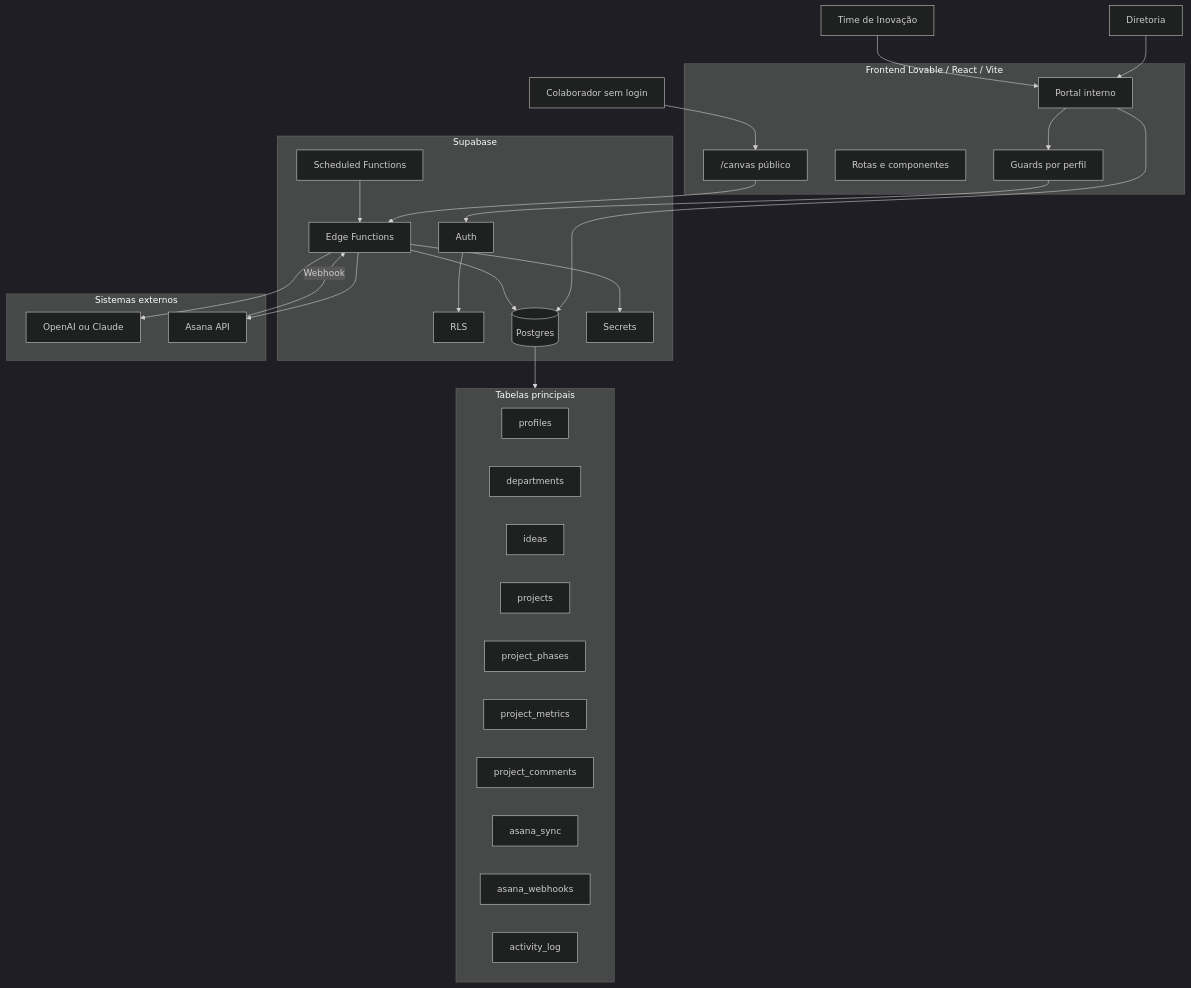
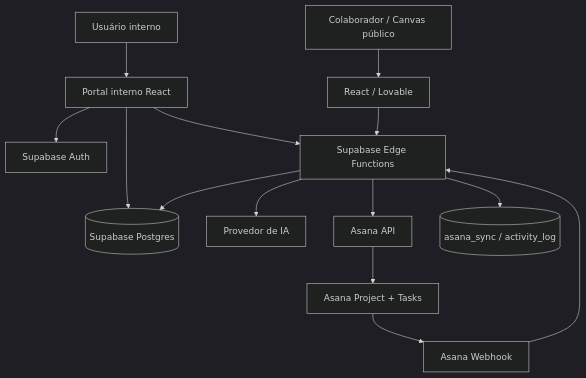
The first of 5 diagrams in design-tecnico-rennova-spark-hub.md (phablo-tavares/documentacao_portal_inovacao), drawn with Mermaid (dark theme) before and after one commit. The commit also changed other lines of this file and 3 other files, not shown here.

````diff
--- a/design-tecnico-rennova-spark-hub.md
+++ b/design-tecnico-rennova-spark-hub.md
@@ -71,53 +69,18 @@
 ```mermaid
 flowchart TD
-    Colaborador[Colaborador sem login] --> Canvas["/canvas público"]
-    Diretoria[Diretoria] --> Portal[Portal interno]
-    Inovacao[Time de Inovação] --> Portal
+  A[Colaborador / Canvas público] --> B[React / Lovable]
+  B --> C[Supabase Edge Functions]
+  C --> D[(Supabase Postgres)]
+  C --> E[Provedor de IA]
 
-    subgraph Frontend[Frontend Lovable / React / Vite]
-        Canvas
-        Portal
-        Rotas[Rotas e componentes]
-        Guards[Guards por perfil]
-    end
+  F[Usuário interno] --> G[Portal interno React]
+  G --> H[Supabase Auth]
+  G --> D
+  G --> C
 
-    subgraph Supabase[Supabase]
-        Auth[Auth]
-        RLS[RLS]
-        DB[(Postgres)]
-        EF[Edge Functions]
-        CRON[Scheduled Functions]
-        Secrets[Secrets]
-    end
-
-    subgraph DBTabelas[Tabelas principais]
-        Profiles[profiles]
-        Depts[departments]
-        Ideas[ideas]
-        Projects[projects]
-        Phases[project_phases]
-        Metrics[project_metrics]
-        Comments[project_comments]
-        Sync[asana_sync]
-        Webhooks[asana_webhooks]
-        Log[activity_log]
-    end
-
-    subgraph Externos[Sistemas externos]
-        AI[OpenAI ou Claude]
-        Asana[Asana API]
-    end
-
-    Canvas --> EF
-    Portal --> Guards
-    Guards --> Auth
-    Auth --> RLS
-    Portal --> DB
-    EF --> DB
-    DB --> DBTabelas
-    EF --> Secrets
-    EF --> AI
-    EF --> Asana
-    Asana -->|Webhook| EF
-    CRON --> EF
+  C --> I[Asana API]
+  I --> J[Asana Project + Tasks]
+  J --> K[Asana Webhook]
+  K --> C
+  C --> L[(asana_sync / activity_log)]
 ```
````
